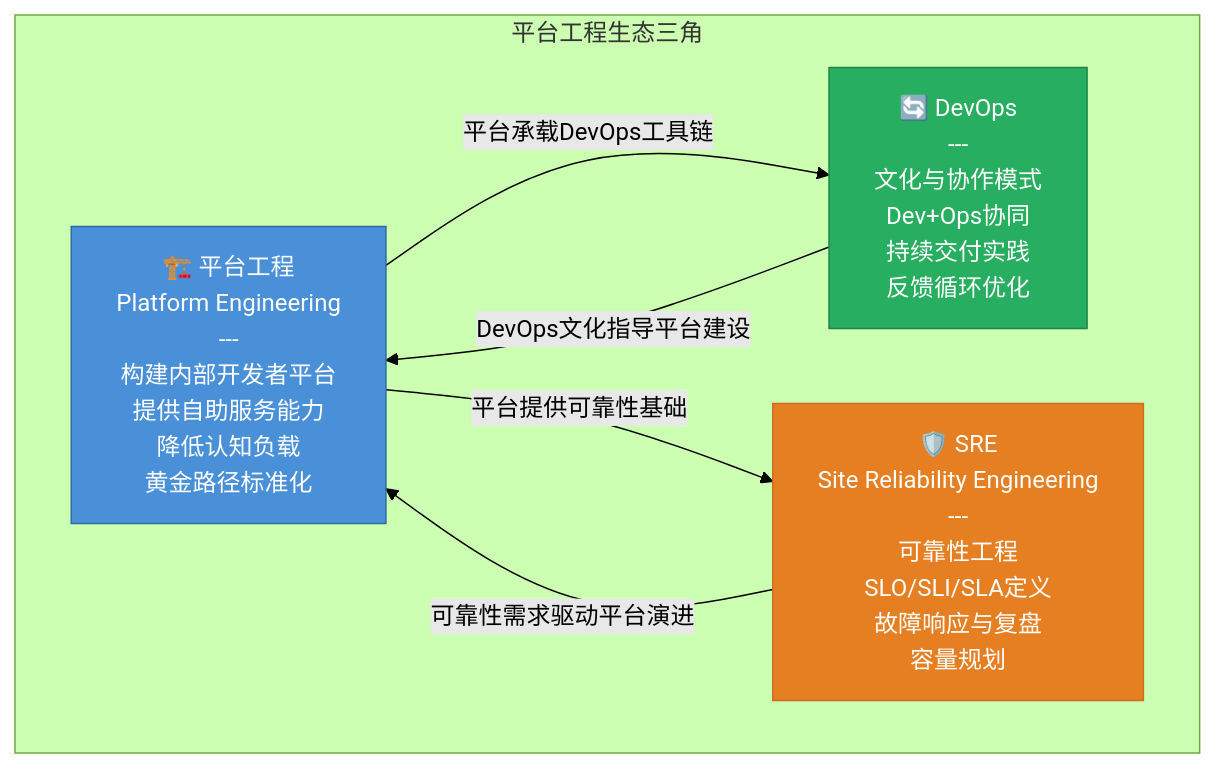
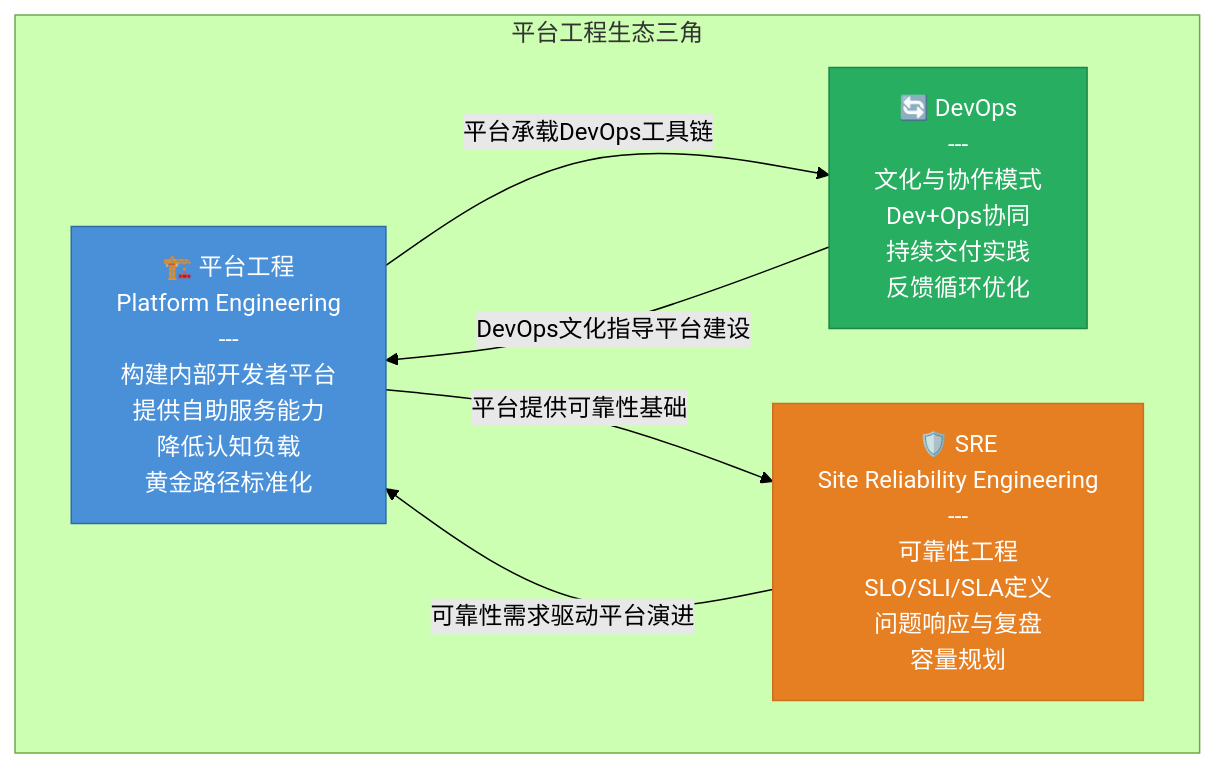
Before and after one commit to kudig-io/kudig-database: the first of 11 diagrams in domain-19-landscape-references/02-papers/21-kubernetes-platform-engineering-internal-developer-platform.md, drawn with Mermaid (forest theme). The commit also changed other lines of this file and 1236 other files, not shown here.

````diff
--- a/domain-19-landscape-references/02-papers/21-kubernetes-platform-engineering-internal-developer-platform.md
+++ b/domain-19-landscape-references/02-papers/21-kubernetes-platform-engineering-internal-developer-platform.md
@@ -161,17 +161,17 @@
 ```mermaid
 graph TB
     subgraph "平台工程生态三角"
         PE["🏗️ 平台工程<br/>Platform Engineering<br/>---<br/>构建内部开发者平台<br/>提供自助服务能力<br/>降低认知负载<br/>黄金路径标准化"]
         DO["🔄 DevOps<br/>---<br/>文化与协作模式<br/>Dev+Ops协同<br/>持续交付实践<br/>反馈循环优化"]
-        SR["🛡️ SRE<br/>Site Reliability Engineering<br/>---<br/>可靠性工程<br/>SLO/SLI/SLA定义<br/>故障响应与复盘<br/>容量规划"]
+        SR["🛡️ SRE<br/>Site Reliability Engineering<br/>---<br/>可靠性工程<br/>SLO/SLI/SLA定义<br/>问题响应与复盘<br/>容量规划"]
     end
 
     PE -->|"平台承载DevOps工具链"| DO
     PE -->|"平台提供可靠性基础"| SR
     DO -->|"DevOps文化指导平台建设"| PE
     SR -->|"可靠性需求驱动平台演进"| PE
 
     style PE fill:#4A90D9,color:#fff,stroke:#2E6DA4
     style DO fill:#27AE60,color:#fff,stroke:#1E8449
     style SR fill:#E67E22,color:#fff,color:#fff,stroke:#CA6F1E
 ```
````
